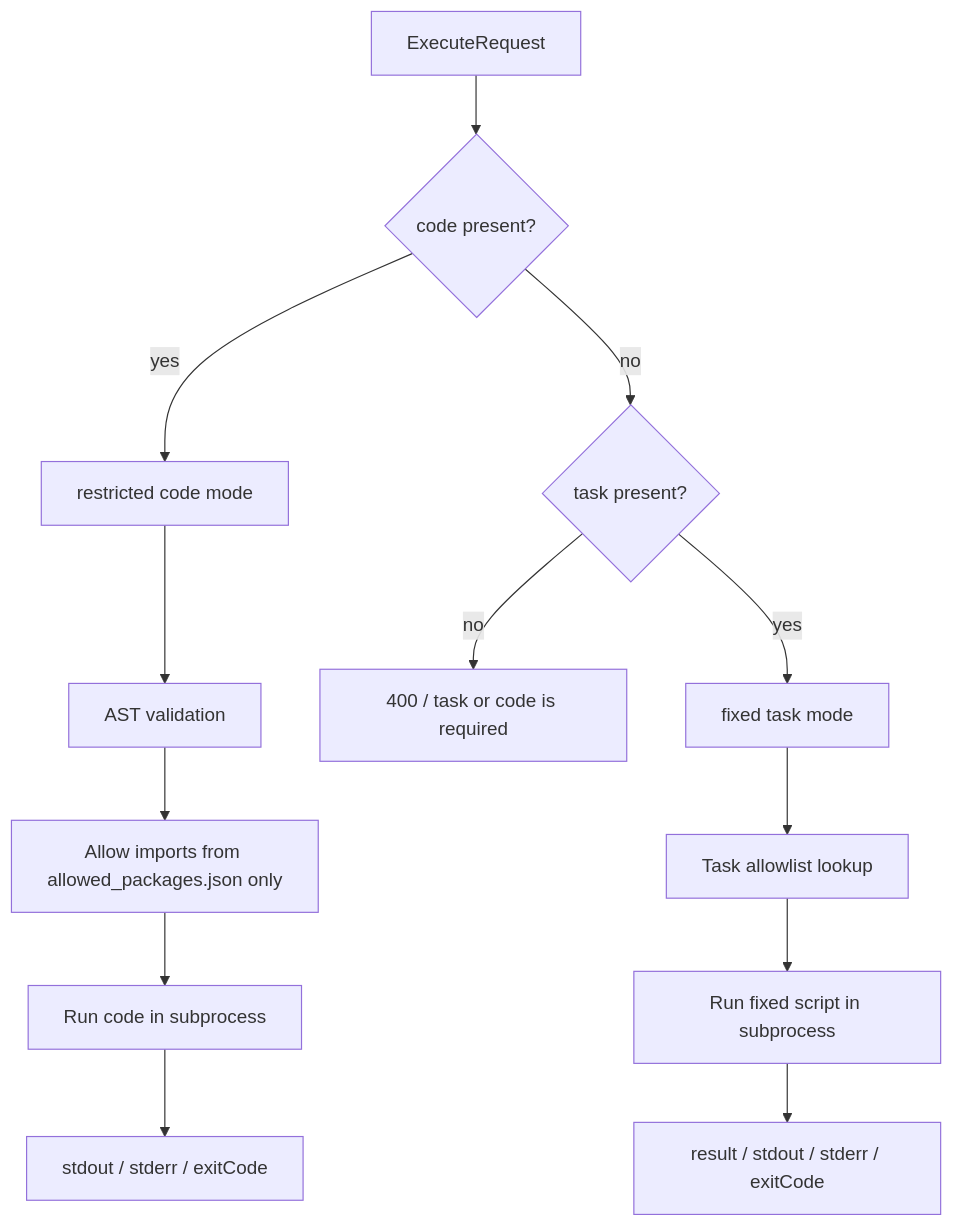
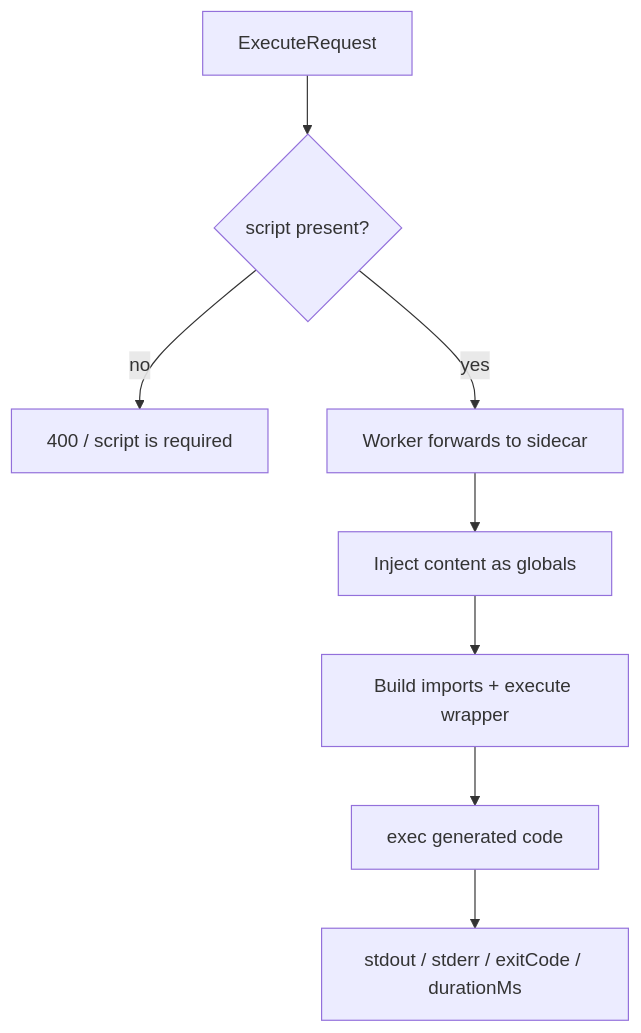
One commit to kyehuang/portal changed the third of 3 diagrams in docs/system-architecture.md. Above: the diagram before and after it, drawn with Mermaid. The commit also changed other lines of this file and 15 other files, not shown here.

Commit message:
feat: Switch execute API to script content runner`

````diff
--- a/docs/system-architecture.md
+++ b/docs/system-architecture.md
@@ -50,17 +41,10 @@
 ```mermaid
 flowchart TD
-    Request[ExecuteRequest] --> HasCode{code present?}
-    HasCode -->|yes| Restricted[restricted code mode]
-    HasCode -->|no| HasTask{task present?}
-    HasTask -->|yes| Task[fixed task mode]
-    HasTask -->|no| Error[400 / task or code is required]
-
-    Restricted --> Validate[AST validation]
-    Validate --> Imports[Allow imports from allowed_packages.json only]
-    Imports --> RunCode[Run code in subprocess]
-    RunCode --> CodeResponse[stdout / stderr / exitCode]
-
-    Task --> Lookup[Task allowlist lookup]
-    Lookup --> RunTask[Run fixed script in subprocess]
-    RunTask --> TaskResponse[result / stdout / stderr / exitCode]
+    Request[ExecuteRequest] --> HasScript{script present?}
+    HasScript -->|no| Error[400 / script is required]
+    HasScript -->|yes| Forward[Worker forwards to sidecar]
+    Forward --> Inject[Inject content as globals]
+    Inject --> Build[Build imports + execute wrapper]
+    Build --> Run[exec generated code]
+    Run --> Response[stdout / stderr / exitCode / durationMs]
 ```
````
